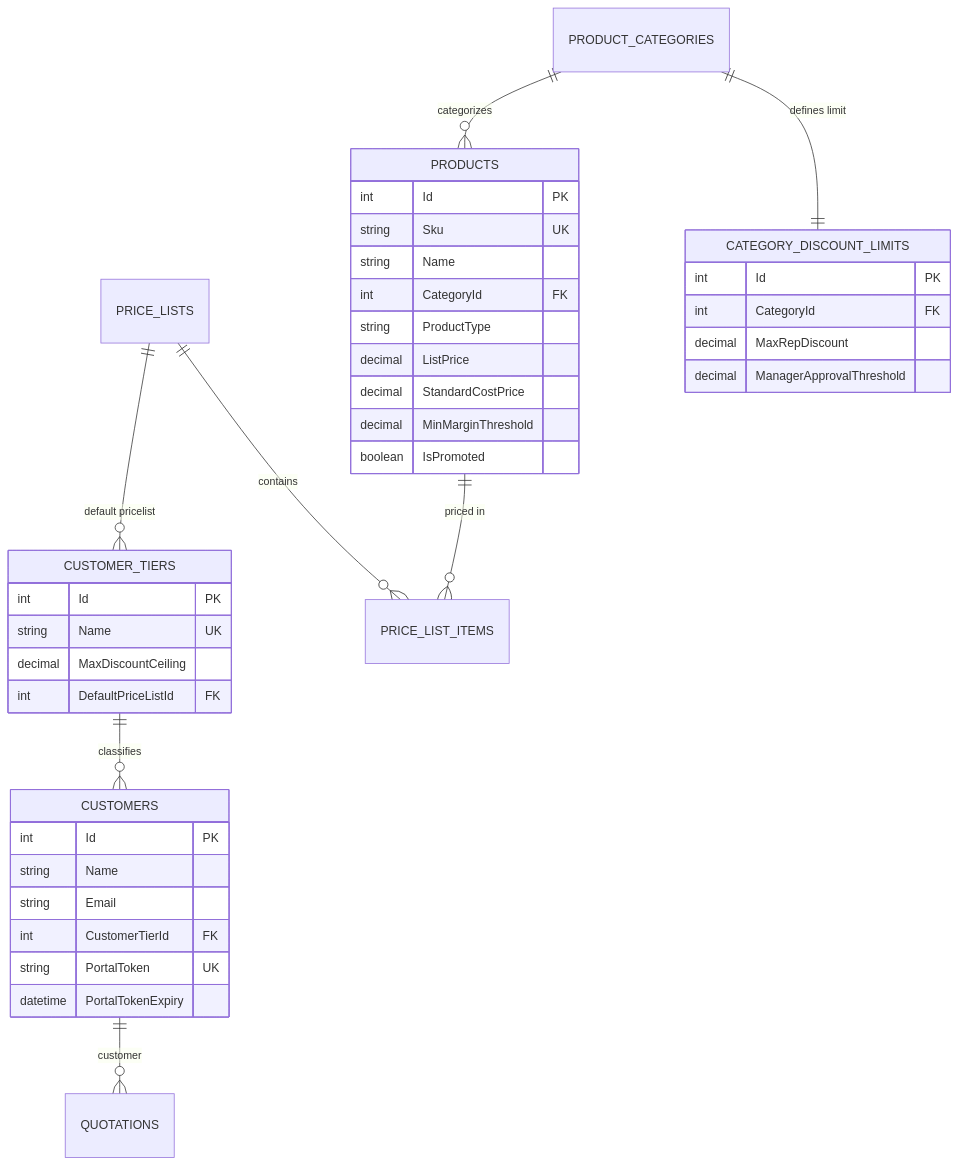
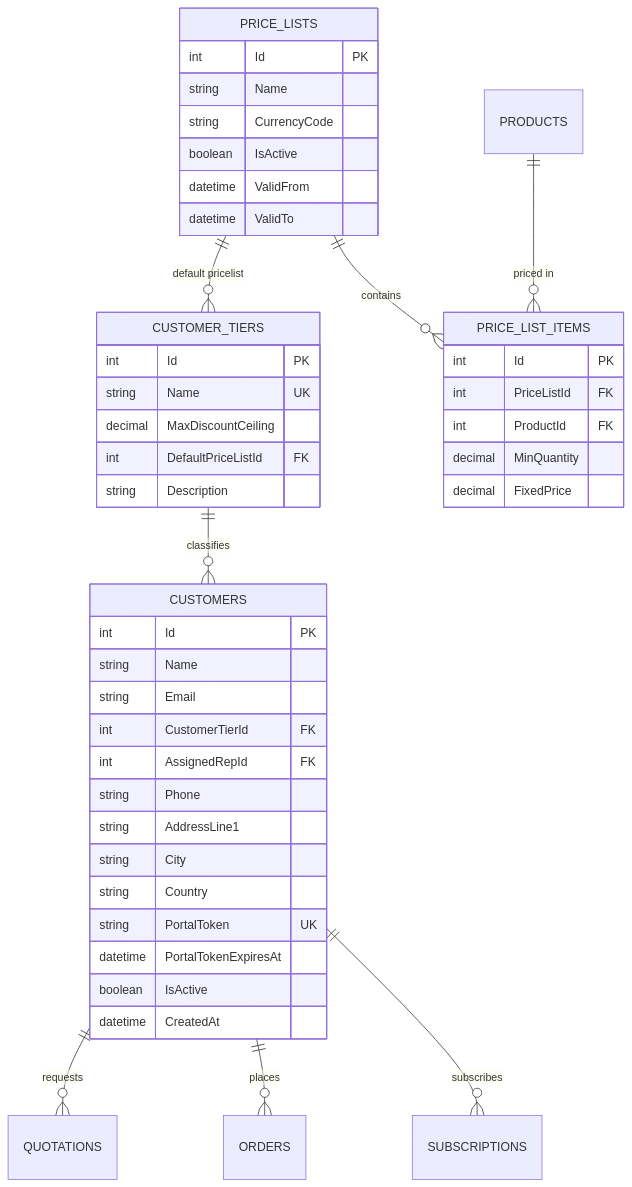
The second of 8 diagrams in docs/database/DEALFLOW360_ERD.md (aniruddh209/Odoo-Heckathon-Gandhinagar), drawn with Mermaid before and after one commit. The commit also changed other lines of this file and 3 other files, not shown here.

Commit message:
docs(database): integrate validated 41-entity relational schema into Master PRD and database blueprint

````diff
--- a/docs/database/DEALFLOW360_ERD.md
+++ b/docs/database/DEALFLOW360_ERD.md
@@ -40,45 +66,51 @@
 ```mermaid
 erDiagram
     CUSTOMER_TIERS ||--o{ CUSTOMERS : "classifies"
     PRICE_LISTS ||--o{ CUSTOMER_TIERS : "default pricelist"
     PRICE_LISTS ||--o{ PRICE_LIST_ITEMS : "contains"
-    PRODUCT_CATEGORIES ||--o{ PRODUCTS : "categorizes"
-    PRODUCT_CATEGORIES ||--|| CATEGORY_DISCOUNT_LIMITS : "defines limit"
     PRODUCTS ||--o{ PRICE_LIST_ITEMS : "priced in"
-    CUSTOMERS ||--o{ QUOTATIONS : "customer"
+    CUSTOMERS ||--o{ QUOTATIONS : "requests"
+    CUSTOMERS ||--o{ ORDERS : "places"
+    CUSTOMERS ||--o{ SUBSCRIPTIONS : "subscribes"
 
     CUSTOMER_TIERS {
         int Id PK
         string Name UK
         decimal MaxDiscountCeiling
         int DefaultPriceListId FK
-    }
-
-    CATEGORY_DISCOUNT_LIMITS {
-        int Id PK
-        int CategoryId FK
-        decimal MaxRepDiscount
-        decimal ManagerApprovalThreshold
+        string Description
     }
 
     CUSTOMERS {
         int Id PK
         string Name
         string Email
         int CustomerTierId FK
+        int AssignedRepId FK
+        string Phone
+        string AddressLine1
+        string City
+        string Country
         string PortalToken UK
-        datetime PortalTokenExpiry
+        datetime PortalTokenExpiresAt
+        boolean IsActive
+        datetime CreatedAt
     }
 
-    PRODUCTS {
+    PRICE_LISTS {
         int Id PK
-        string Sku UK
         string Name
-        int CategoryId FK
-        string ProductType
-        decimal ListPrice
-        decimal StandardCostPrice
-        decimal MinMarginThreshold
-        boolean IsPromoted
+        string CurrencyCode
+        boolean IsActive
+        datetime ValidFrom
+        datetime ValidTo
+    }
+
+    PRICE_LIST_ITEMS {
+        int Id PK
+        int PriceListId FK
+        int ProductId FK
+        decimal MinQuantity
+        decimal FixedPrice
     }
 ```
````
